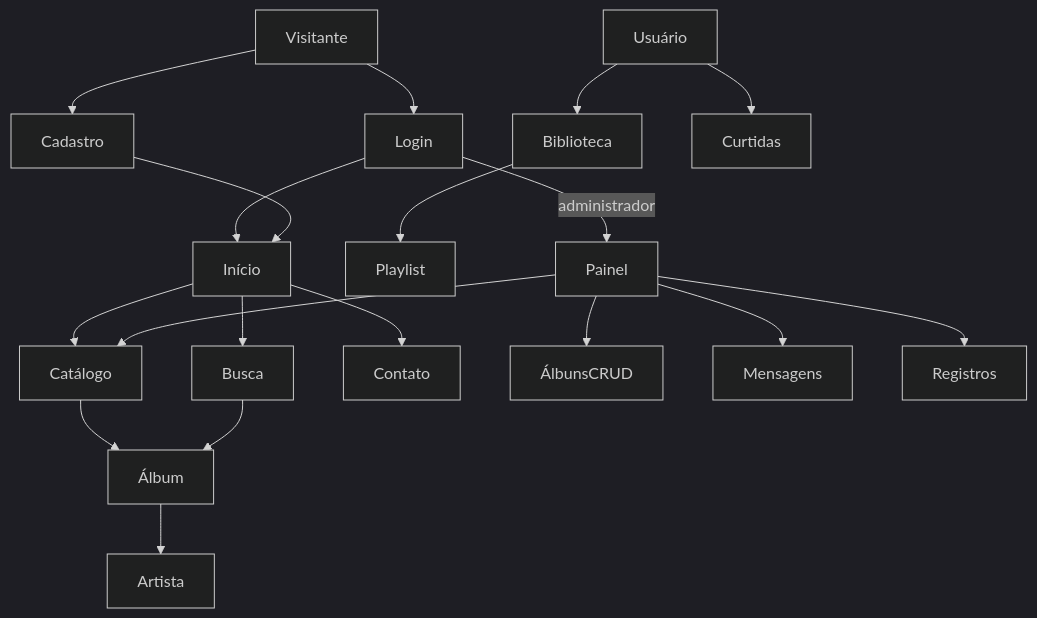
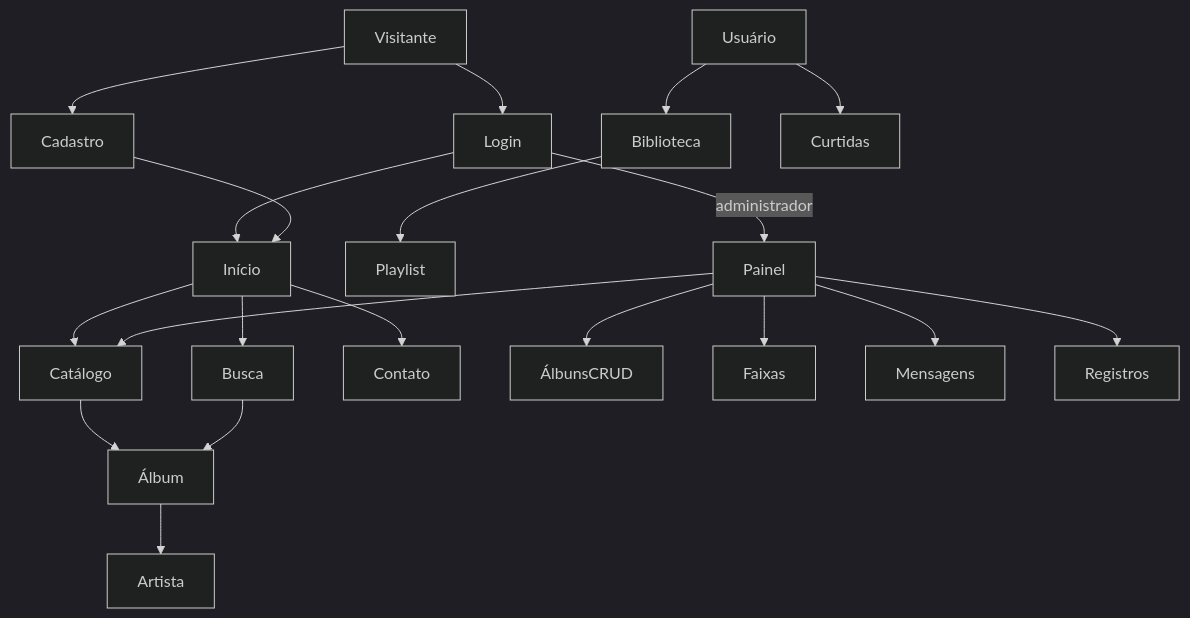
The first of 2 diagrams in README.md (Vicente-PIlonetto/DWI-Onda-music), drawn with Mermaid (dark theme) before and after one commit. The commit also changed other lines of this file and 11 other files, not shown here.

````diff
--- a/README.md
+++ b/README.md
@@ -19,17 +60,18 @@
 ```mermaid
 flowchart TD
   Início --> Catálogo
   Início --> Busca
   Início --> Contato
   Catálogo --> Álbum --> Artista
   Busca --> Álbum
   Visitante --> Login --> Início
   Visitante --> Cadastro --> Início
   Usuário --> Biblioteca --> Playlist
   Usuário --> Curtidas
   Login -->|administrador| Painel
   Painel --> ÁlbunsCRUD
+  Painel --> Faixas
   Painel --> Mensagens
   Painel --> Registros
   Painel --> Catálogo
 ```
````
